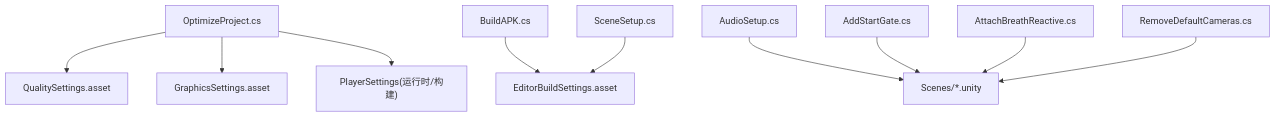
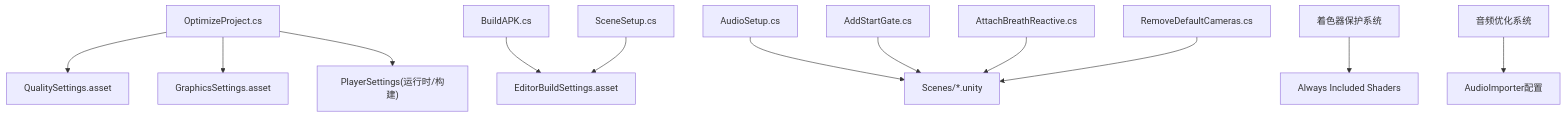
Before and after one commit to cpufreestyle/InkRidge: the first of 5 diagrams in .qoder/repowiki/zh/content/性能优化/编辑器优化脚本.md, drawn with Mermaid. The commit also changed other lines of this file and 17 other files, not shown here.

````diff
--- a/.qoder/repowiki/zh/content/性能优化/编辑器优化脚本.md
+++ b/.qoder/repowiki/zh/content/性能优化/编辑器优化脚本.md
@@ -43,12 +54,14 @@
 ```mermaid
 graph TB
 A["OptimizeProject.cs"] --> B["QualitySettings.asset"]
 A --> C["GraphicsSettings.asset"]
 A --> D["PlayerSettings(运行时/构建)"]
 E["BuildAPK.cs"] --> F["EditorBuildSettings.asset"]
 G["SceneSetup.cs"] --> F
 H["AudioSetup.cs"] --> I["Scenes/*.unity"]
 J["AddStartGate.cs"] --> I
 K["AttachBreathReactive.cs"] --> I
 L["RemoveDefaultCameras.cs"] --> I
+M["着色器保护系统"] --> N["Always Included Shaders"]
+O["音频优化系统"] --> P["AudioImporter配置"]
 ```
````
